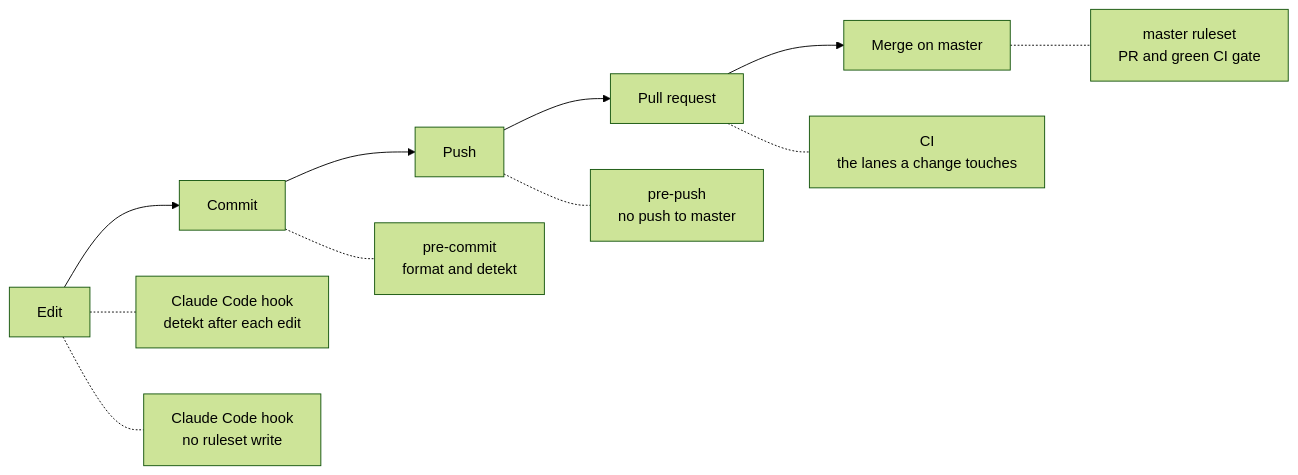
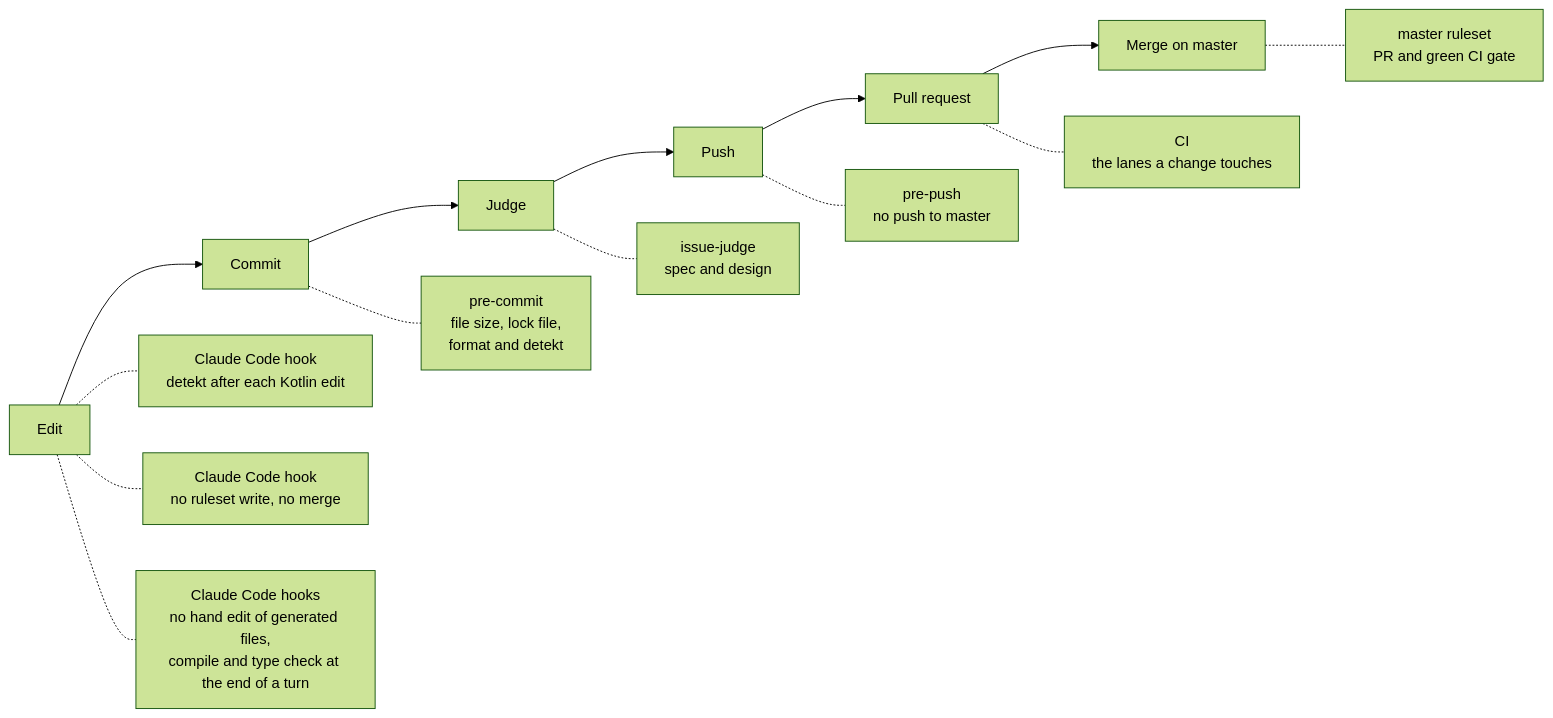
The diagram in docs/src/engineering/harness.md (mboisnard/drinkit), drawn with Mermaid (forest theme) before and after one commit. The commit also changed other lines of this file, not shown here.

First line of the commit message:
[DOCS] Describe the issue workflow in the harness page (#382)

````diff
--- a/docs/src/engineering/harness.md
+++ b/docs/src/engineering/harness.md
@@ -5,10 +5,12 @@
 ```mermaid
 flowchart LR
-  edit[Edit] --> commit[Commit] --> push[Push] --> pr[Pull request] --> merge[Merge on master]
-  edit -.- claude[Claude Code hook<br/>detekt after each edit]
-  edit -.- guard[Claude Code hook<br/>no ruleset write]
-  commit -.- precommit[pre-commit<br/>format and detekt]
+  edit[Edit] --> commit[Commit] --> judge[Judge] --> push[Push] --> pr[Pull request] --> merge[Merge on master]
+  edit -.- claude[Claude Code hook<br/>detekt after each Kotlin edit]
+  edit -.- guard[Claude Code hook<br/>no ruleset write, no merge]
+  edit -.- generated[Claude Code hooks<br/>no hand edit of generated files,<br/>compile and type check at the end of a turn]
+  commit -.- precommit[pre-commit<br/>file size, lock file,<br/>format and detekt]
+  judge -.- issuejudge[issue-judge<br/>spec and design]
   push -.- prepush[pre-push<br/>no push to master]
   pr -.- ci[CI<br/>the lanes a change touches]
   merge -.- ruleset[master ruleset<br/>PR and green CI gate]
 ```
````
